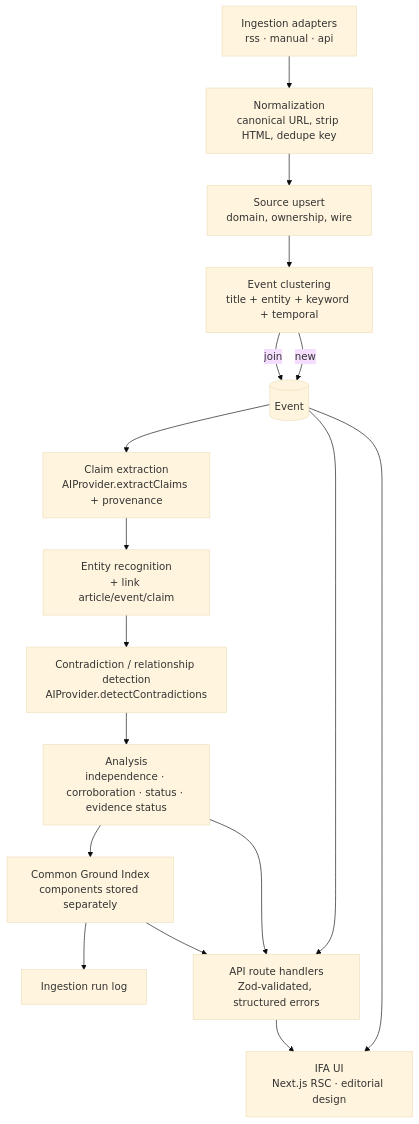
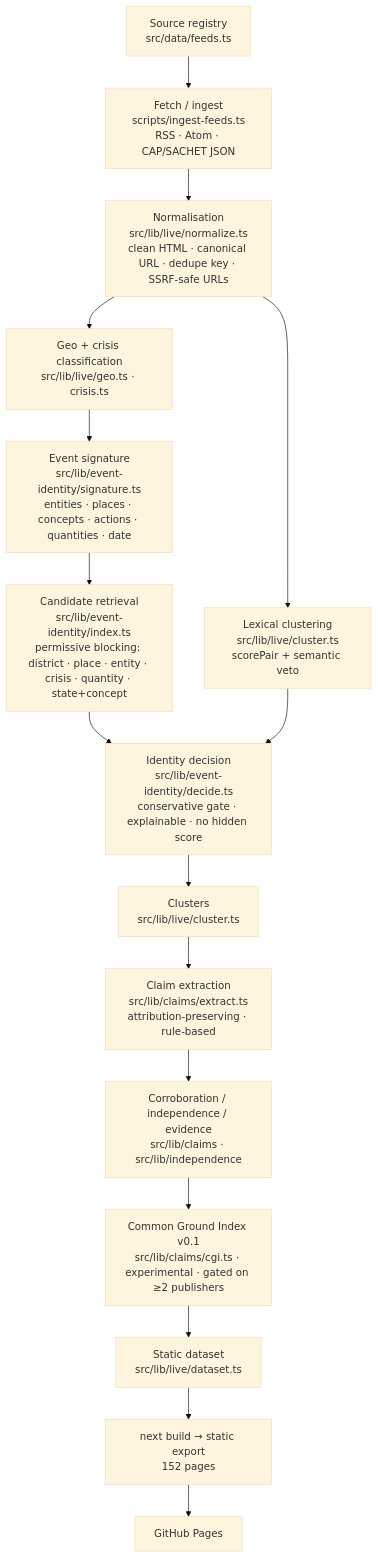
The first of 2 diagrams in docs/ARCHITECTURE.md (Rishidar-lab/info-for-all), drawn with Mermaid (base theme) before and after one commit. The commit also changed other lines of this file and 36 other files, not shown here.

````diff
--- a/docs/ARCHITECTURE.md
+++ b/docs/ARCHITECTURE.md
@@ -5,19 +25,18 @@
 ```mermaid
 flowchart TD
-    A[Ingestion adapters<br/>rss · manual · api] --> B[Normalization<br/>canonical URL, strip HTML, dedupe key]
-    B --> C[Source upsert<br/>domain, ownership, wire]
-    C --> D[Event clustering<br/>title + entity + keyword + temporal]
-    D -->|join| E[(Event)]
-    D -->|new| E
-    E --> F[Claim extraction<br/>AIProvider.extractClaims + provenance]
-    F --> G[Entity recognition<br/>+ link article/event/claim]
-    G --> H[Contradiction / relationship detection<br/>AIProvider.detectContradictions]
-    H --> I[Analysis<br/>independence · corroboration · status · evidence status]
-    I --> J[Common Ground Index<br/>components stored separately]
-    J --> K[Ingestion run log]
-    E --> L[API route handlers<br/>Zod-validated, structured errors]
-    I --> L
-    J --> L
-    L --> M[IFA UI<br/>Next.js RSC · editorial design]
-    E --> M
+    SR[Source registry<br/>src/data/feeds.ts] --> ING[Fetch / ingest<br/>scripts/ingest-feeds.ts<br/>RSS · Atom · CAP/SACHET JSON]
+    ING --> NORM[Normalisation<br/>src/lib/live/normalize.ts<br/>clean HTML · canonical URL · dedupe key · SSRF-safe URLs]
+    NORM --> GEO[Geo + crisis classification<br/>src/lib/live/geo.ts · crisis.ts]
+    GEO --> SIG[Event signature<br/>src/lib/event-identity/signature.ts<br/>entities · places · concepts · actions · quantities · date]
+    SIG --> CAND[Candidate retrieval<br/>src/lib/event-identity/index.ts<br/>permissive blocking: district · place · entity · crisis · quantity · state+concept]
+    CAND --> DEC[Identity decision<br/>src/lib/event-identity/decide.ts<br/>conservative gate · explainable · no hidden score]
+    NORM --> LEX[Lexical clustering<br/>src/lib/live/cluster.ts<br/>scorePair + semantic veto]
+    LEX --> DEC
+    DEC --> CL[Clusters<br/>src/lib/live/cluster.ts]
+    CL --> CLAIM[Claim extraction<br/>src/lib/claims/extract.ts<br/>attribution-preserving · rule-based]
+    CLAIM --> CORR[Corroboration / independence / evidence<br/>src/lib/claims · src/lib/independence]
+    CORR --> CGI[Common Ground Index v0.1<br/>src/lib/claims/cgi.ts · experimental · gated on ≥2 publishers]
+    CGI --> DS[Static dataset<br/>src/lib/live/dataset.ts]
+    DS --> EXP[next build → static export<br/>152 pages]
+    EXP --> GH[GitHub Pages]
 ```
````
